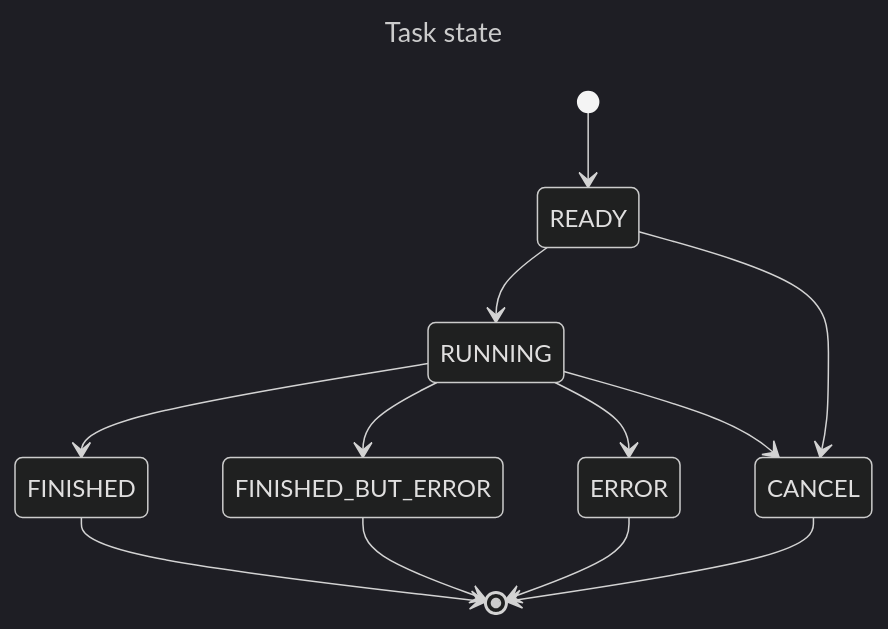
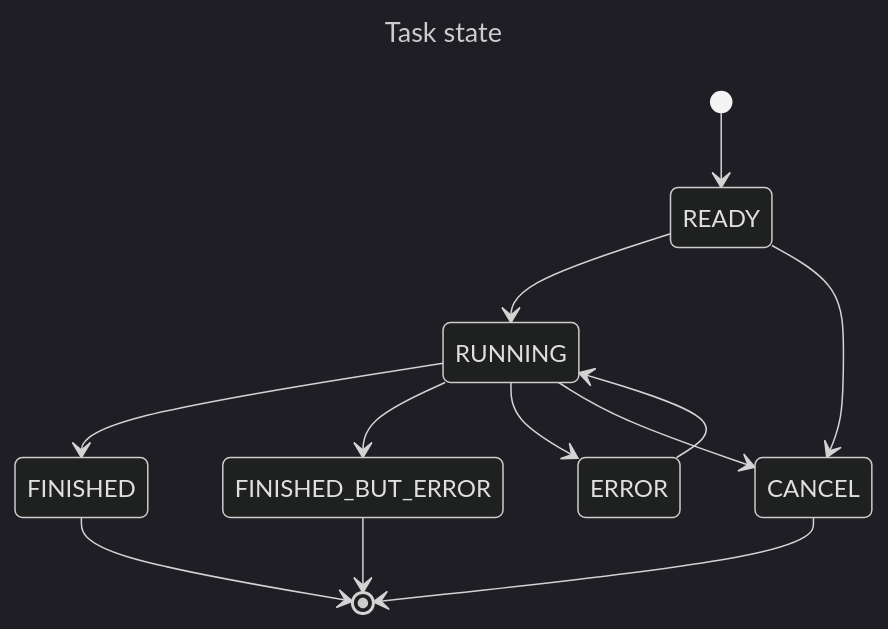
The fifth of 5 diagrams in docs/src/development/server/core_logic_flow.md (lastsunday/job-hunting), drawn with Mermaid (dark theme) before and after one commit. The commit also changed other lines of this file, not shown here.

Commit message:
docs(server): refactor core logic flow and add detail info

````diff
--- a/docs/src/development/server/core_logic_flow.md
+++ b/docs/src/development/server/core_logic_flow.md
@@ -356,17 +373,17 @@
 ```mermaid
 ---
 title: Task state
 ---
 stateDiagram-v2
     [*] --> READY
     READY --> RUNNING
     READY --> CANCEL
     RUNNING --> FINISHED
     RUNNING --> FINISHED_BUT_ERROR
     RUNNING --> ERROR
     RUNNING --> CANCEL
     FINISHED --> [*]
     FINISHED_BUT_ERROR --> [*]
-    ERROR --> [*]
+    ERROR --> RUNNING
     CANCEL --> [*]
 ```
````
